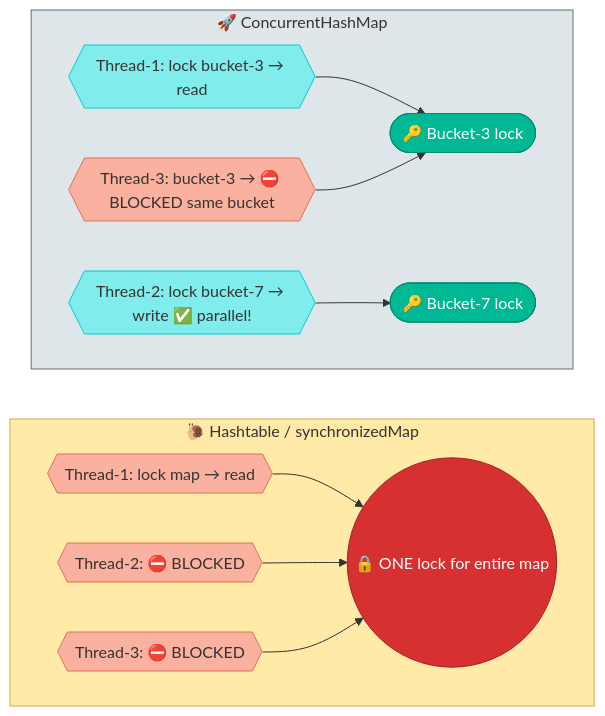
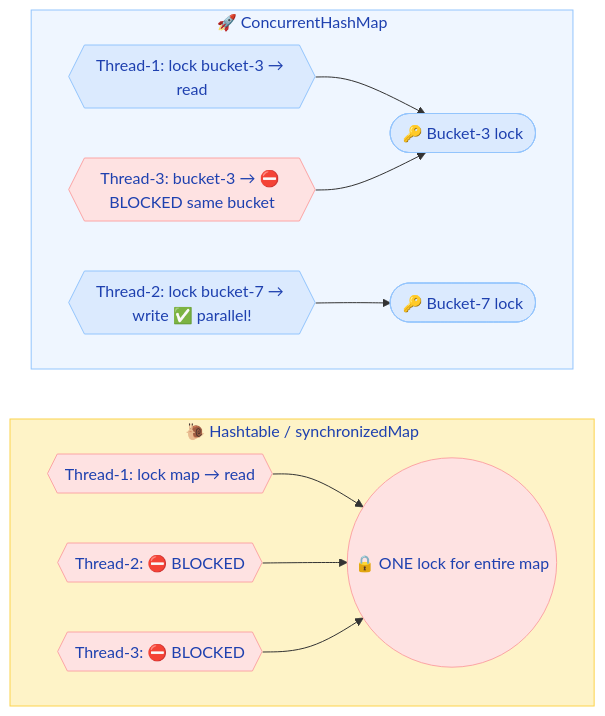
One commit to saivamsikaruturi/vamsilabs-dev-notes-main changed the first of 2 diagrams in docs/java/ConcurrentCollections.md. Above: the diagram before and after it, drawn with Mermaid. The commit also changed other lines of this file and 220 other files, not shown here.

First line of the commit message:
Add 50+ new Java/Spring Boot pages, rewrite CSS code blocks to Oracle style, fix all diagram colors

````diff
--- a/docs/java/ConcurrentCollections.md
+++ b/docs/java/ConcurrentCollections.md
@@ -43,28 +43,28 @@
 ```mermaid
 flowchart LR
     subgraph OLD["🐌 Hashtable / synchronizedMap"]
         direction LR
         O1{{"Thread-1: lock map → read"}} --> OL(("🔒 ONE lock for entire map"))
         O2{{"Thread-2: ⛔ BLOCKED"}} --> OL
         O3{{"Thread-3: ⛔ BLOCKED"}} --> OL
     end
 
     subgraph NEW["🚀 ConcurrentHashMap"]
         direction LR
         N1{{"Thread-1: lock bucket-3 → read"}} --> NL1(["🔑 Bucket-3 lock"])
         N2{{"Thread-2: lock bucket-7 → write ✅ parallel!"}} --> NL2(["🔑 Bucket-7 lock"])
         N3{{"Thread-3: bucket-3 → ⛔ BLOCKED same bucket"}} --> NL1
     end
 
-    style OLD fill:#ffeaa7,stroke:#d4a84b,color:#333
-    style NEW fill:#dfe6e9,stroke:#636e72,color:#333
-    style OL fill:#d63031,stroke:#a02525,color:#fff
-    style NL1 fill:#00b894,stroke:#008c6e,color:#fff
-    style NL2 fill:#00b894,stroke:#008c6e,color:#fff
-    style O1 fill:#fab1a0,stroke:#e17055,color:#333
-    style O2 fill:#fab1a0,stroke:#e17055,color:#333
-    style O3 fill:#fab1a0,stroke:#e17055,color:#333
-    style N1 fill:#81ecec,stroke:#00cec9,color:#333
-    style N2 fill:#81ecec,stroke:#00cec9,color:#333
-    style N3 fill:#fab1a0,stroke:#e17055,color:#333
+    style OLD fill:#FEF3C7,stroke:#FCD34D,color:#1E40AF
+    style NEW fill:#EFF6FF,stroke:#93C5FD,color:#1E40AF
+    style OL fill:#FEE2E2,stroke:#FCA5A5,color:#1E40AF
+    style NL1 fill:#DBEAFE,stroke:#93C5FD,color:#1E40AF
+    style NL2 fill:#DBEAFE,stroke:#93C5FD,color:#1E40AF
+    style O1 fill:#FEE2E2,stroke:#FCA5A5,color:#1E40AF
+    style O2 fill:#FEE2E2,stroke:#FCA5A5,color:#1E40AF
+    style O3 fill:#FEE2E2,stroke:#FCA5A5,color:#1E40AF
+    style N1 fill:#DBEAFE,stroke:#93C5FD,color:#1E40AF
+    style N2 fill:#DBEAFE,stroke:#93C5FD,color:#1E40AF
+    style N3 fill:#FEE2E2,stroke:#FCA5A5,color:#1E40AF
 ```
````
